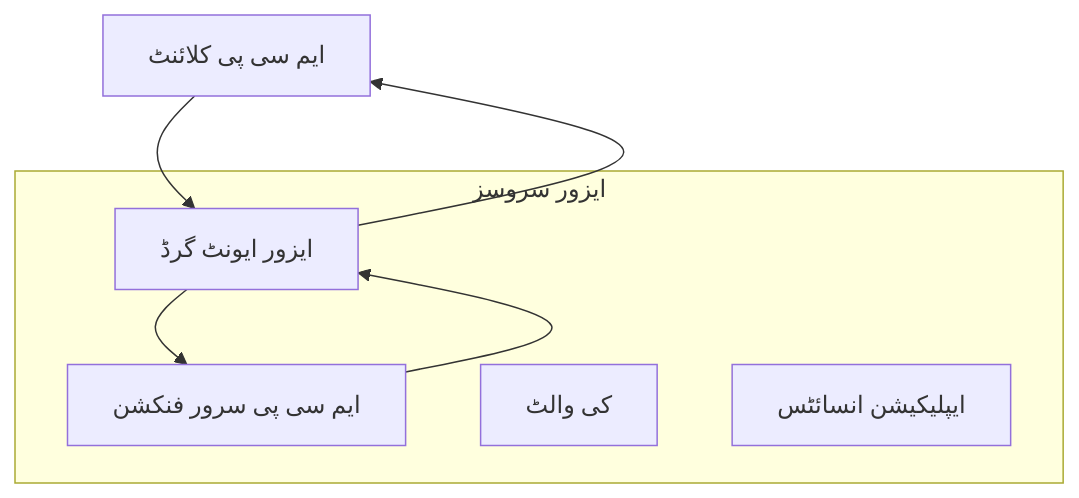
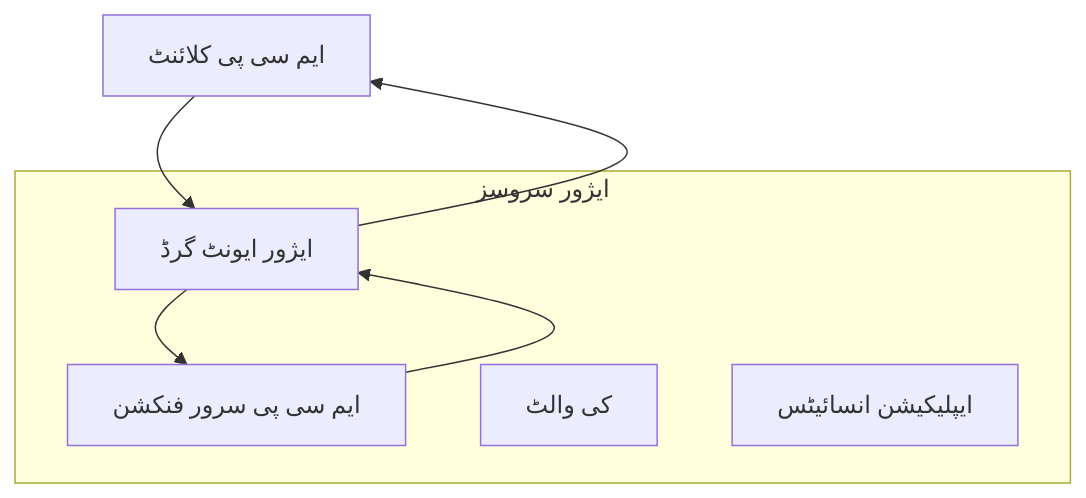
The first of 2 diagrams in mcp_ecosystem__model_context_protocol/mcp_learning_resources/mcp-for-beginners/translations/ur/05-AdvancedTopics/mcp-transport/README.md (HIDORAKAI002/ai-workspace-archive), drawn with Mermaid before and after one commit. The commit also changed other lines of this file and 1046 other files, not shown here.

````diff
--- a/mcp_ecosystem__model_context_protocol/mcp_learning_resources/mcp-for-beginners/translations/ur/05-AdvancedTopics/mcp-transport/README.md
+++ b/mcp_ecosystem__model_context_protocol/mcp_learning_resources/mcp-for-beginners/translations/ur/05-AdvancedTopics/mcp-transport/README.md
@@ -58,14 +60,14 @@
 ```mermaid
 graph TB
-    Client[ایم سی پی کلائنٹ] --> EG[ایزور ایونٹ گرڈ]
+    Client[ایم سی پی کلائنٹ] --> EG[ایژور ایونٹ گرڈ]
     EG --> Server[ایم سی پی سرور فنکشن]
     Server --> EG
     EG --> Client
     
-    subgraph "ایزور سروسز"
+    subgraph "ایژور سروسز"
         EG
         Server
         KV[کی والٹ]
-        Monitor[ایپلیکیشن انسائٹس]
+        Monitor[ایپلیکیشن انسائیٹس]
     end
 ```
````
